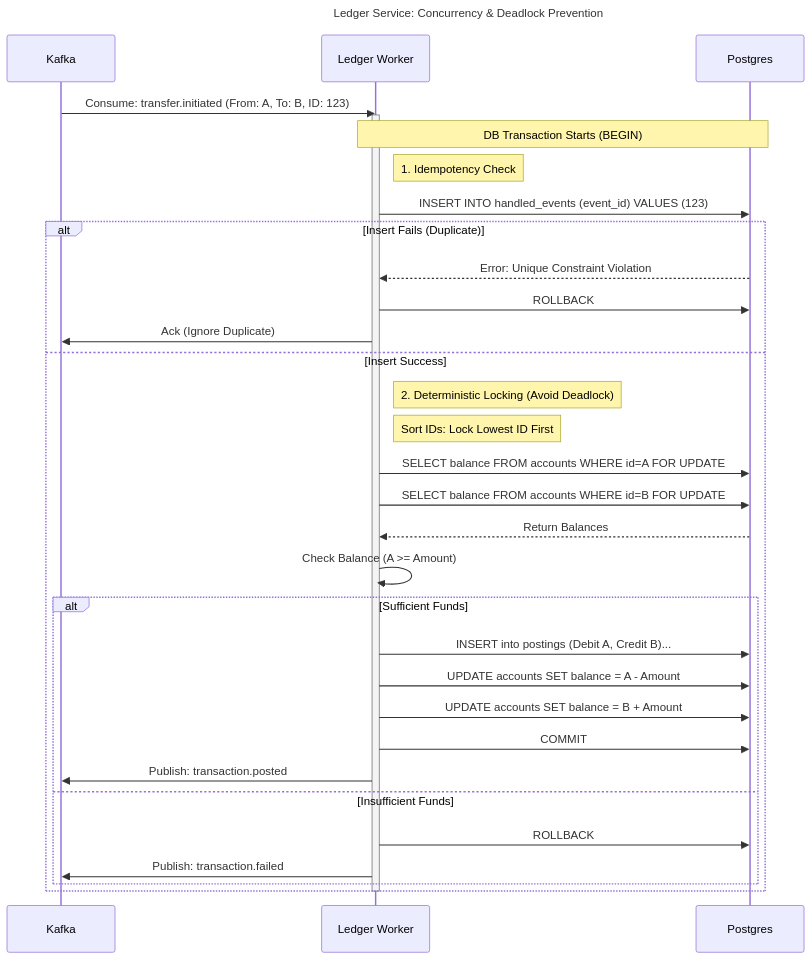
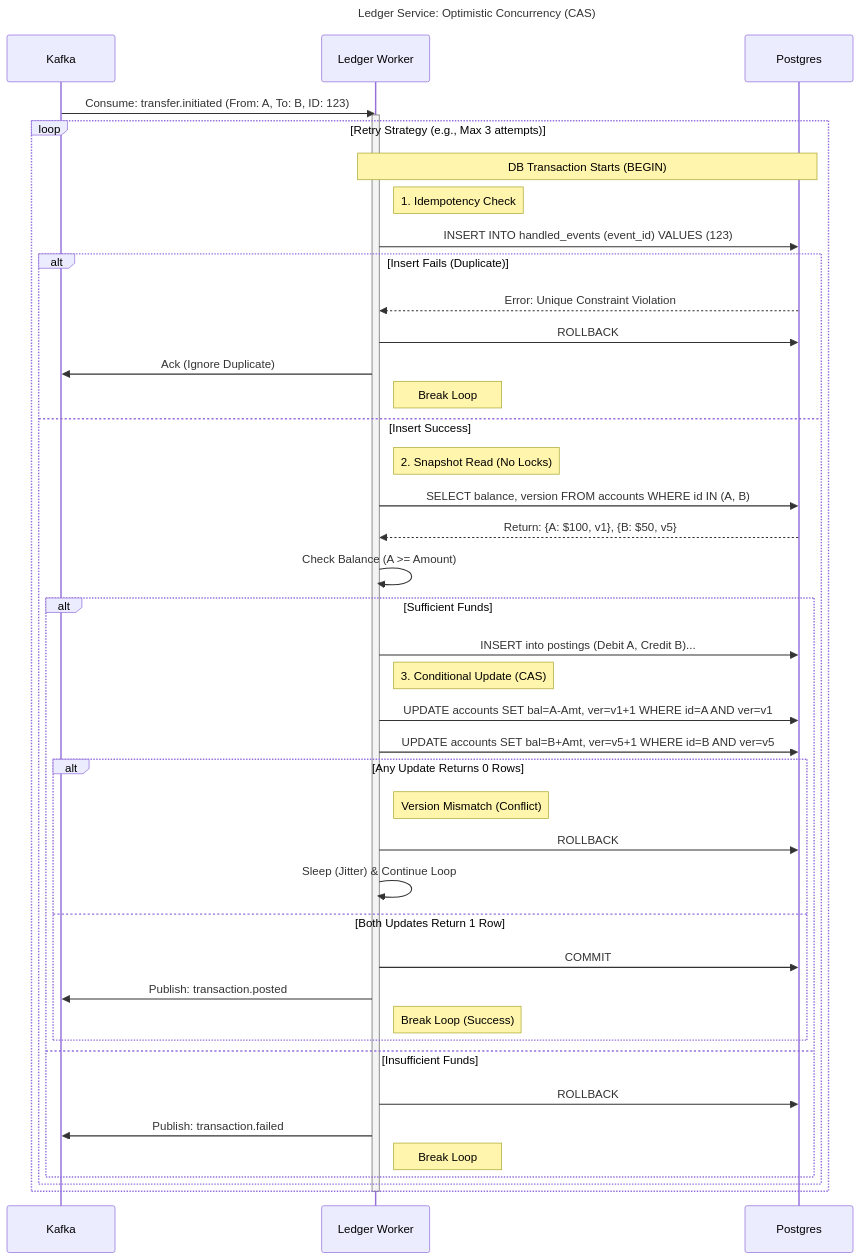
One commit to rixon15/Distributed-Payment-Ledger-System changed the sixth of 8 diagrams in README.md. Above: the diagram before and after it, drawn with Mermaid. The commit also changed other lines of this file, not shown here.

Commit message:
Revise concurrency control and transaction handling details
Updated concurrency control methods and improved transaction handling in the Ledger Service documentation.

````diff
--- a/README.md
+++ b/README.md
@@ -278,44 +278,55 @@
 ```mermaid
     sequenceDiagram
-    title Ledger Service: Concurrency & Deadlock Prevention
+    title Ledger Service: Optimistic Concurrency (CAS)
     participant Kafka
     participant Service as Ledger Worker
     participant DB as Postgres
 
     Kafka->>Service: Consume: transfer.initiated (From: A, To: B, ID: 123)
     activate Service
     
-    Note over Service, DB: DB Transaction Starts (BEGIN)
-    
-    Note right of Service: 1. Idempotency Check
-    Service->>DB: INSERT INTO handled_events (event_id) VALUES (123)
-    
-    alt Insert Fails (Duplicate)
-        DB-->>Service: Error: Unique Constraint Violation
-        Service->>DB: ROLLBACK
-        Service->>Kafka: Ack (Ignore Duplicate)
-    else Insert Success
+    loop Retry Strategy (e.g., Max 3 attempts)
+        Note over Service, DB: DB Transaction Starts (BEGIN)
         
-        Note right of Service: 2. Deterministic Locking (Avoid Deadlock)
-        Note right of Service: Sort IDs: Lock Lowest ID First
+        Note right of Service: 1. Idempotency Check
+        Service->>DB: INSERT INTO handled_events (event_id) VALUES (123)
         
-        Service->>DB: SELECT balance FROM accounts WHERE id=A FOR UPDATE
-        Service->>DB: SELECT balance FROM accounts WHERE id=B FOR UPDATE
-        
-        DB-->>Service: Return Balances
-        
-        Service->>Service: Check Balance (A >= Amount)
-        
-        alt Sufficient Funds
-            Service->>DB: INSERT into postings (Debit A, Credit B)...
-            Service->>DB: UPDATE accounts SET balance = A - Amount
-            Service->>DB: UPDATE accounts SET balance = B + Amount
-            Service->>DB: COMMIT
-            Service->>Kafka: Publish: transaction.posted
-        else Insufficient Funds
+        alt Insert Fails (Duplicate)
+            DB-->>Service: Error: Unique Constraint Violation
             Service->>DB: ROLLBACK
-            Service->>Kafka: Publish: transaction.failed
+            Service->>Kafka: Ack (Ignore Duplicate)
+            Note right of Service: Break Loop
+        else Insert Success
+            
+            Note right of Service: 2. Snapshot Read (No Locks)
+            Service->>DB: SELECT balance, version FROM accounts WHERE id IN (A, B)
+            DB-->>Service: Return: {A: $100, v1}, {B: $50, v5}
+            
+            Service->>Service: Check Balance (A >= Amount)
+            
+            alt Sufficient Funds
+                Service->>DB: INSERT into postings (Debit A, Credit B)...
+                
+                Note right of Service: 3. Conditional Update (CAS)
+                Service->>DB: UPDATE accounts SET bal=A-Amt, ver=v1+1 WHERE id=A AND ver=v1
+                Service->>DB: UPDATE accounts SET bal=B+Amt, ver=v5+1 WHERE id=B AND ver=v5
+                
+                alt Any Update Returns 0 Rows
+                    Note right of Service: Version Mismatch (Conflict)
+                    Service->>DB: ROLLBACK
+                    Service->>Service: Sleep (Jitter) & Continue Loop
+                else Both Updates Return 1 Row
+                    Service->>DB: COMMIT
+                    Service->>Kafka: Publish: transaction.posted
+                    Note right of Service: Break Loop (Success)
+                end
+
+            else Insufficient Funds
+                Service->>DB: ROLLBACK
+                Service->>Kafka: Publish: transaction.failed
+                Note right of Service: Break Loop
+            end
         end
     end
     deactivate Service
 ```
````
